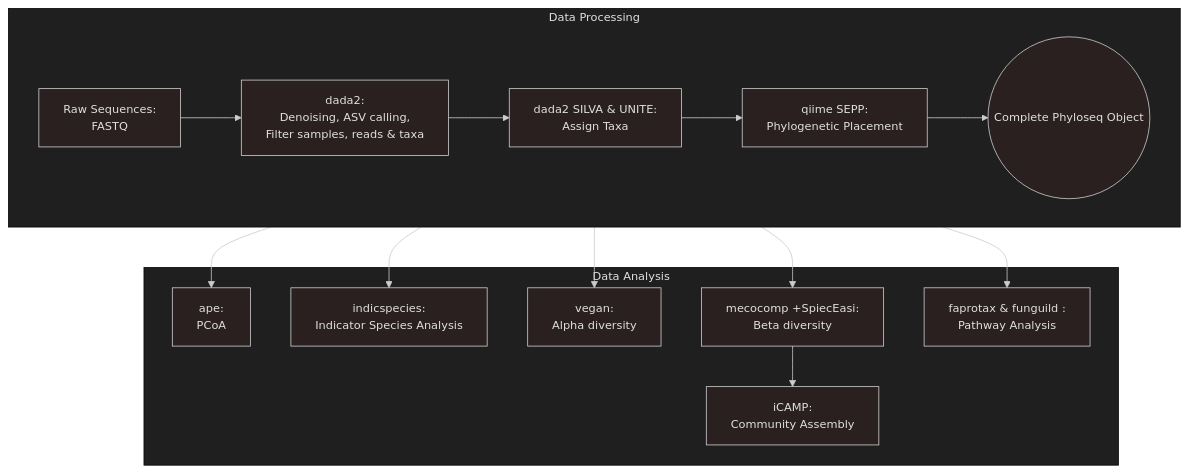
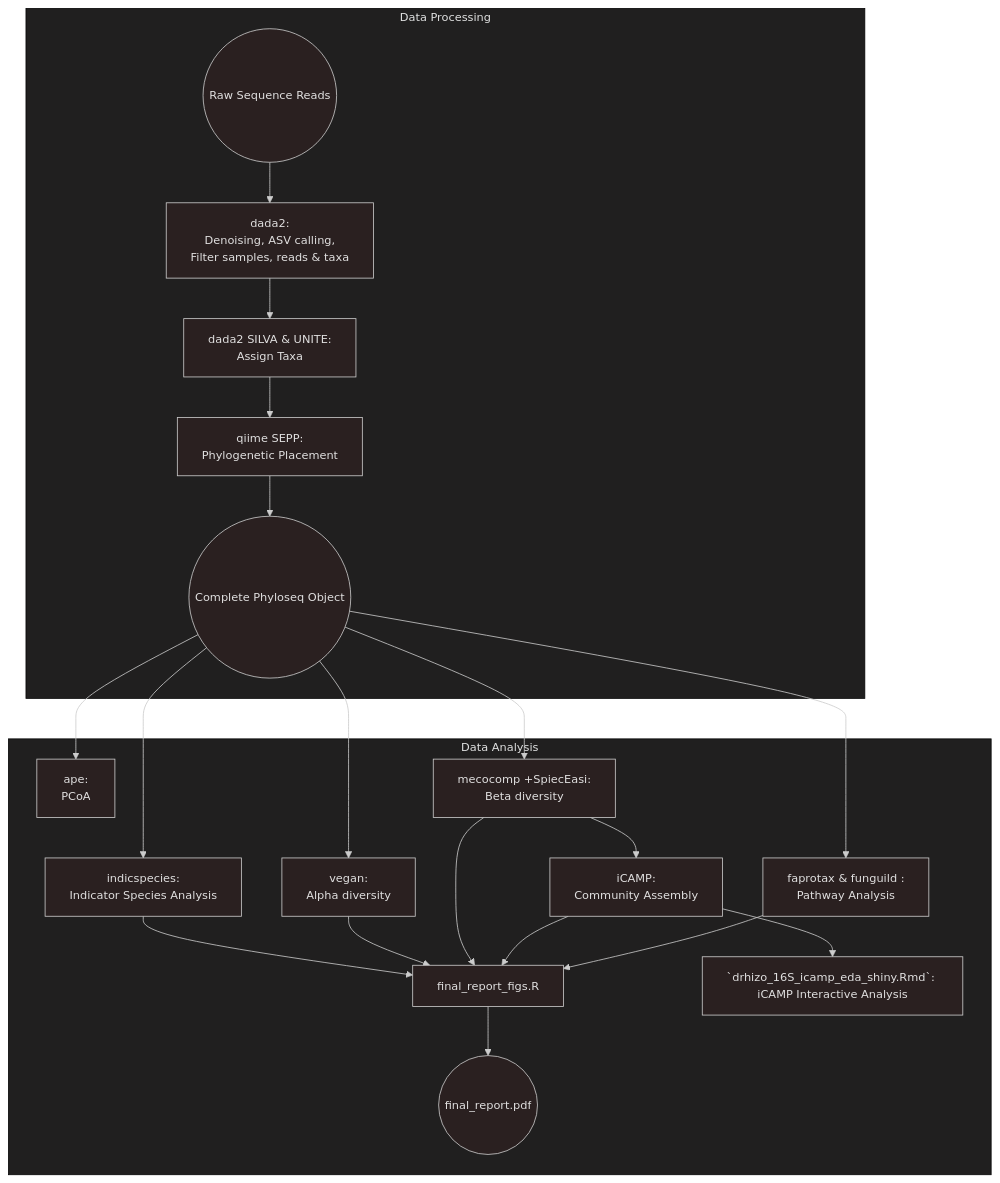
One commit to dbioinfo/drhizo changed the diagram in README.md. Above: the diagram before and after it, drawn with Mermaid.

Commit message:
syntax comit

````diff
--- a/README.md
+++ b/README.md
@@ -10,22 +10,28 @@
 ```mermaid
 ---
 config:
   theme: 'neo-dark'
 ---
 graph TB;
 subgraph Z[Data Processing];
-    direction LR;
-    A[Raw Sequences: \nFASTQ] --> B[dada2: \nDenoising, ASV calling, \nFilter samples, reads & taxa];
+    A((Raw Sequence Reads)) --> B[dada2: \nDenoising, ASV calling, \nFilter samples, reads & taxa];
     B --> C[dada2 SILVA & UNITE: \nAssign Taxa];
     C --> K[qiime SEPP: \nPhylogenetic Placement];
     K --> D((Complete Phyloseq Object));
 end;
 subgraph Y[Data Analysis];
     D((Complete Phyloseq Object)) --> H[ape: \nPCoA];
     D --> G[indicspecies: \nIndicator Species Analysis];
     D --> J[vegan: \nAlpha diversity];
     D --> E[mecocomp +SpiecEasi: \nBeta diversity];
-    E --> F[iCAMP: \nCommunity Assembly];
+    E --> F[iCAMP: \nCommunity Assembly];  
     D --> I[faprotax & funguild : \nPathway Analysis];
+    G --> L[final_report_figs.R]; 
+    J --> L;
+    E --> L;
+    F --> L;
+    I --> L;
+    F --> N[`drhizo_16S_icamp_eda_shiny.Rmd`: \niCAMP Interactive Analysis];
+    L --> M((final_report.pdf));
 end;
 ```
````
